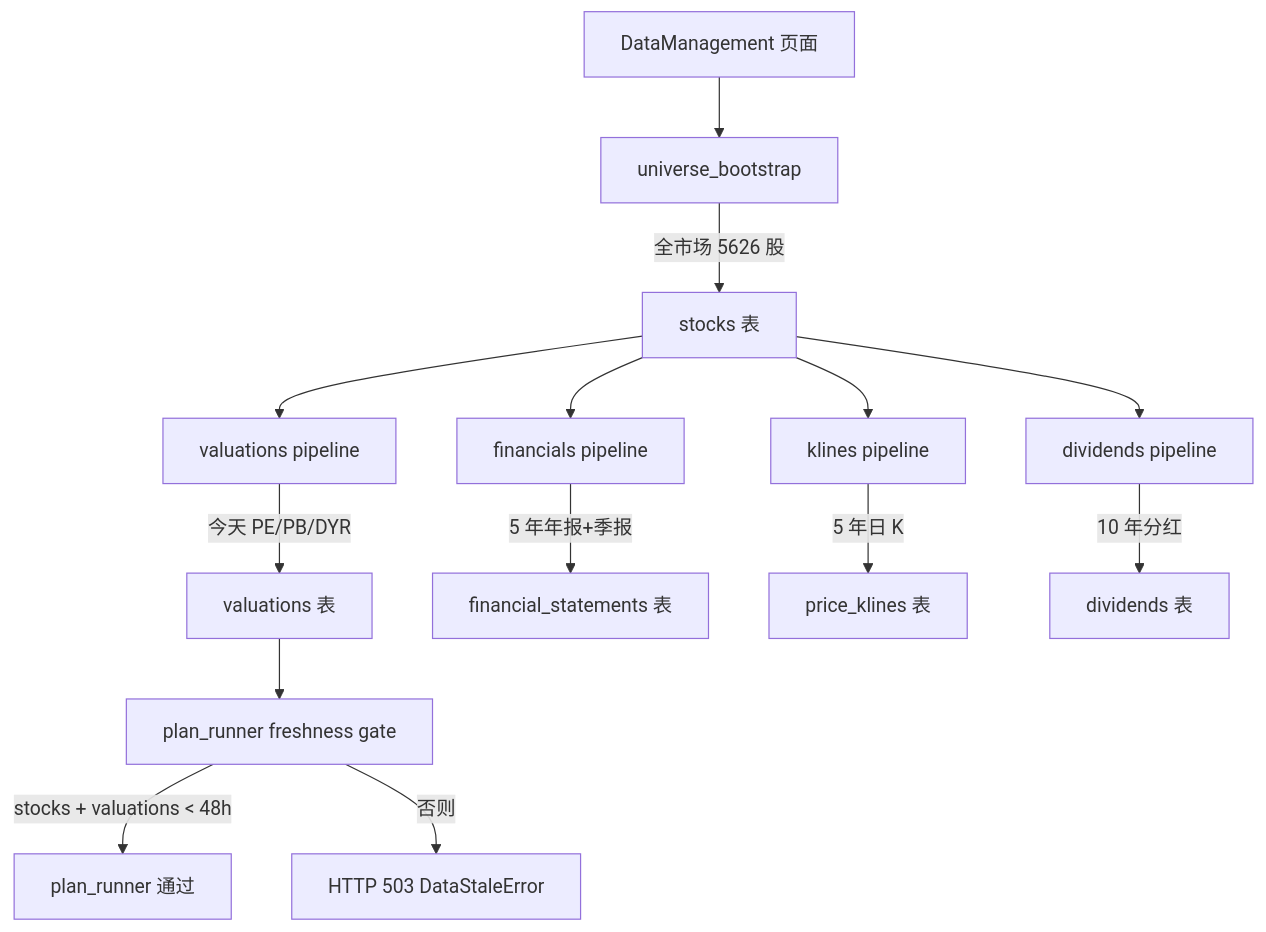
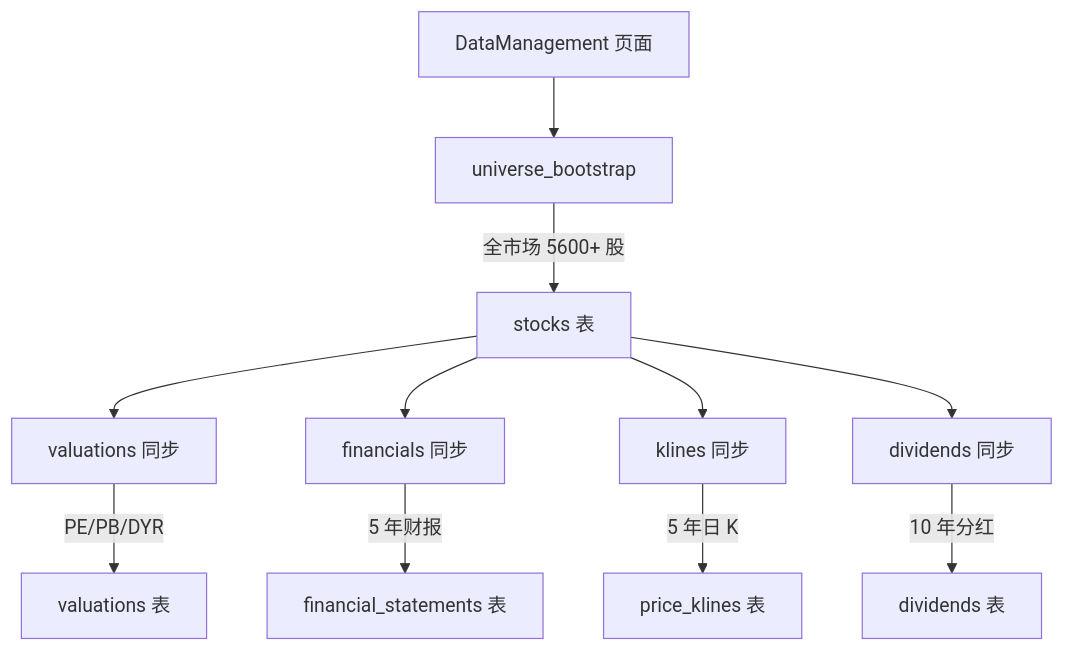
Before and after one commit to iannil/open-gojira: the diagram in README.md, drawn with Mermaid. The commit also changed other lines of this file and 6 other files, not shown here.

````diff
--- a/README.md
+++ b/README.md
@@ -272,16 +181,13 @@
 ```mermaid
 flowchart TD
     A[DataManagement 页面] --> B[universe_bootstrap]
-    B -->|全市场 5626 股| C[stocks 表]
-    C --> D[valuations pipeline]
-    D -->|今天 PE/PB/DYR| E[valuations 表]
-    C --> F[financials pipeline]
-    F -->|5 年年报+季报| G[financial_statements 表]
-    C --> H[klines pipeline]
+    B -->|全市场 5600+ 股| C[stocks 表]
+    C --> D[valuations 同步]
+    D -->|PE/PB/DYR| E[valuations 表]
+    C --> F[financials 同步]
+    F -->|5 年财报| G[financial_statements 表]
+    C --> H[klines 同步]
     H -->|5 年日 K| I[price_klines 表]
-    C --> J[dividends pipeline]
+    C --> J[dividends 同步]
     J -->|10 年分红| K[dividends 表]
-    E --> L[plan_runner freshness gate]
-    L -->|stocks + valuations < 48h| M[plan_runner 通过]
-    L -->|否则| N[HTTP 503 DataStaleError]
 ```
````
